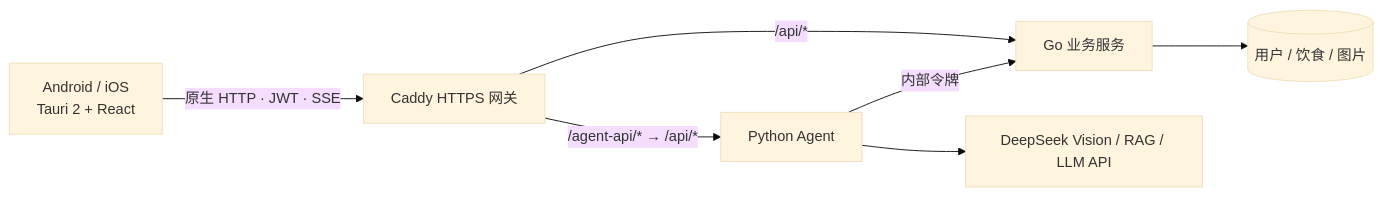
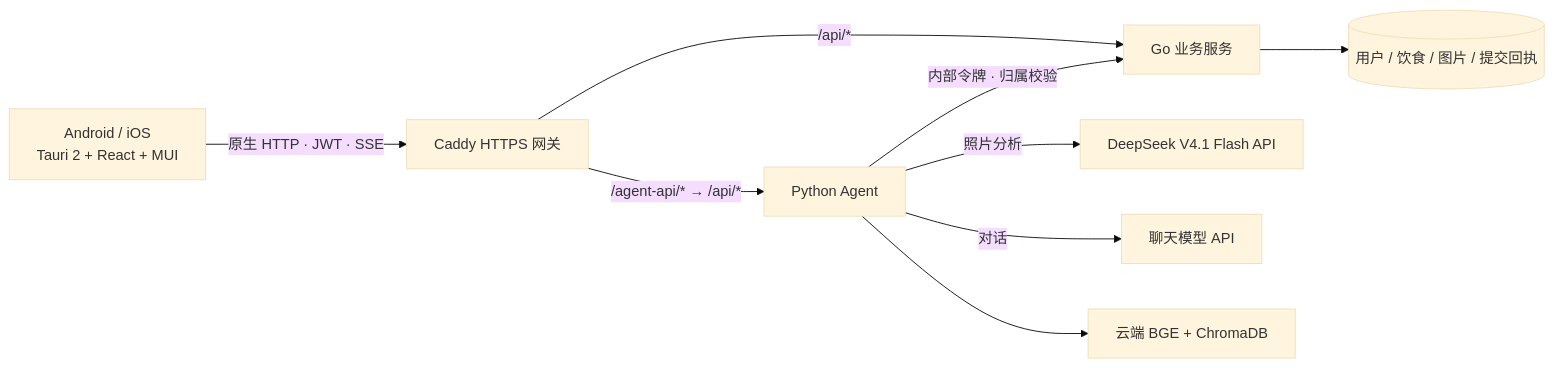
Before and after one commit to Green-hats/NutriGo: the diagram in docs/MOBILE.md, drawn with Mermaid (base theme). The commit also changed other lines of this file and 4 other files, not shown here.

Commit message:
docs: refresh readmes and diagrams for current mobile meal flow

````diff
--- a/docs/MOBILE.md
+++ b/docs/MOBILE.md
@@ -5,9 +7,11 @@
 ```mermaid
 flowchart LR
-    App[Android / iOS\nTauri 2 + React] -->|原生 HTTP · JWT · SSE| Gateway[Caddy HTTPS 网关]
-    Gateway -->|/api/*| Go[Go 业务服务]
-    Gateway -->|/agent-api/* → /api/*| Agent[Python Agent]
-    Agent -->|内部令牌| Go
-    Go --> Data[(用户 / 饮食 / 图片)]
-    Agent --> AI[DeepSeek Vision / RAG / LLM API]
+    App["Android / iOS<br/>Tauri 2 + React + MUI"] -->|"原生 HTTP · JWT · SSE"| Gateway["Caddy HTTPS 网关"]
+    Gateway -->|"/api/*"| Go["Go 业务服务"]
+    Gateway -->|"/agent-api/* → /api/*"| Agent["Python Agent"]
+    Agent -->|"内部令牌 · 归属校验"| Go
+    Go --> Data[("用户 / 饮食 / 图片 / 提交回执")]
+    Agent -->|"照片分析"| Vision["DeepSeek V4.1 Flash API"]
+    Agent -->|"对话"| LLM["聊天模型 API"]
+    Agent --> RAG["云端 BGE + ChromaDB"]
 ```
````
